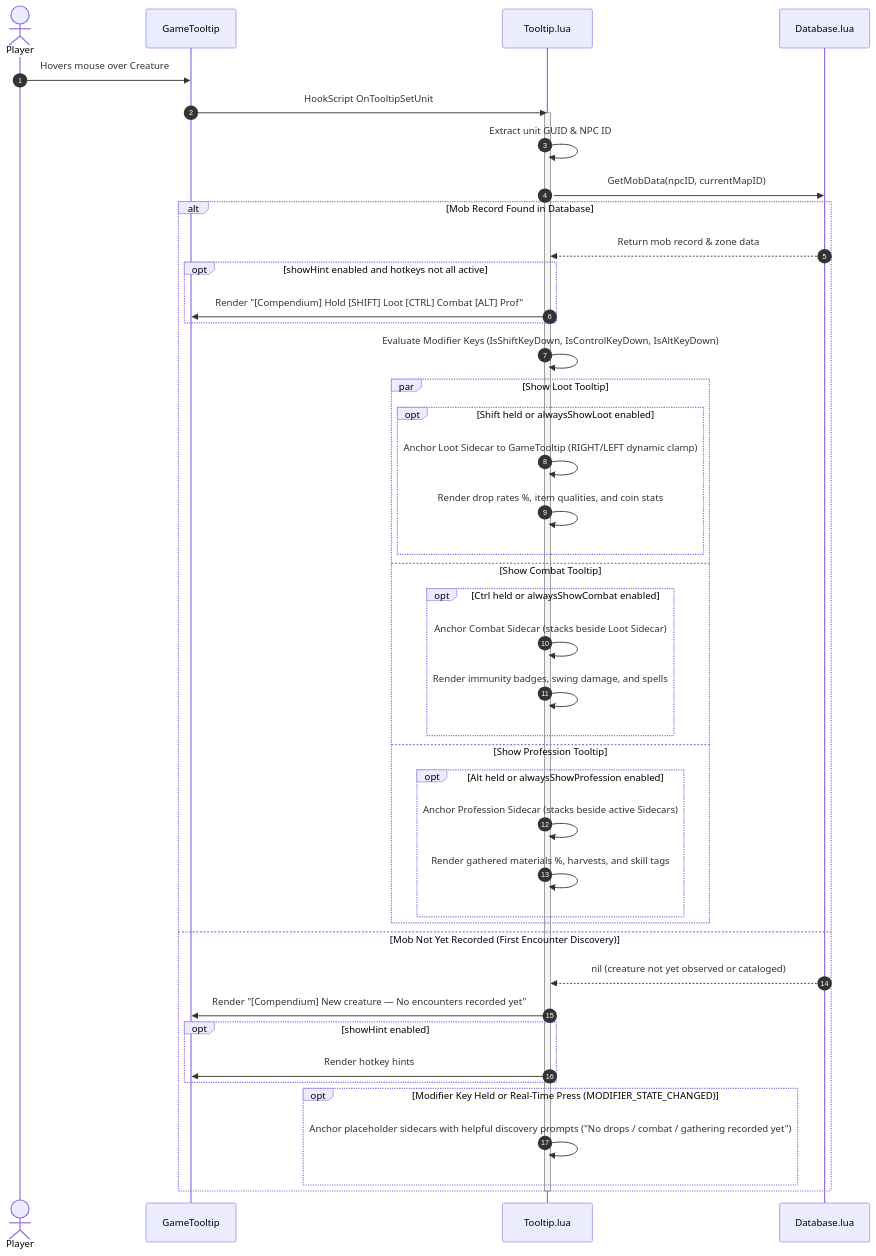
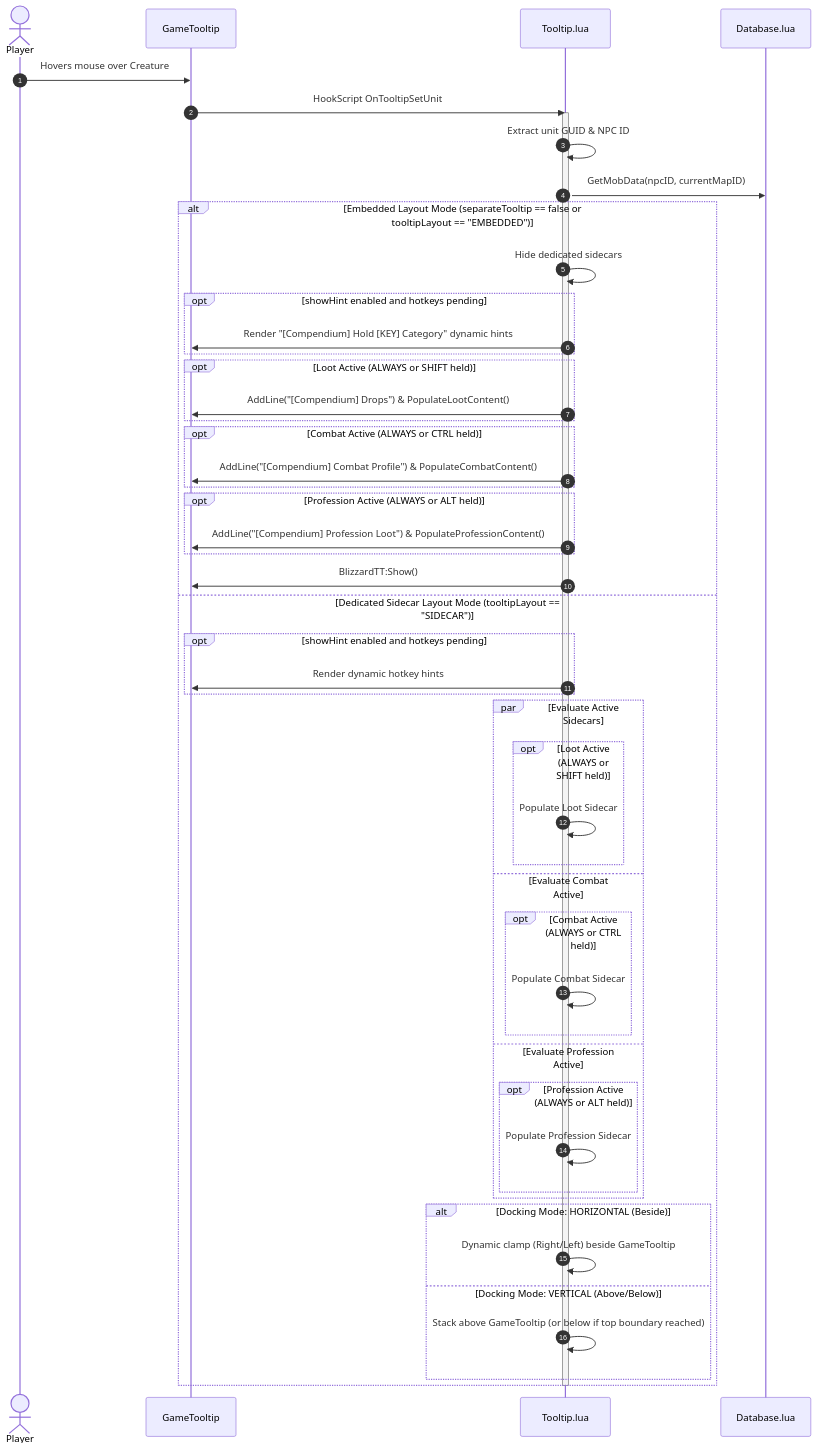
One commit to bguerre20/AzerothCreatureCompendium changed the fifth of 5 diagrams in docs/ARCHITECTURE.md. Above: the diagram before and after it, drawn with Mermaid. The commit also changed other lines of this file and 5 other files, not shown here.

Commit message:
feat: add tooltip activation modes (ALWAYS/NEVER), layout selection, and vertical docking (Closes #22)

````diff
--- a/docs/ARCHITECTURE.md
+++ b/docs/ARCHITECTURE.md
@@ -233,49 +233,55 @@
 ```mermaid
 sequenceDiagram
     autonumber
     actor Player
     participant BlizzardTT as GameTooltip
     participant Tooltip as Tooltip.lua
     participant DB as Database.lua
 
     Player->>BlizzardTT: Hovers mouse over Creature
     BlizzardTT->>Tooltip: HookScript OnTooltipSetUnit
     activate Tooltip
     Tooltip->>Tooltip: Extract unit GUID & NPC ID
     Tooltip->>DB: GetMobData(npcID, currentMapID)
 
-    alt Mob Record Found in Database
-        DB-->>Tooltip: Return mob record & zone data
-        opt showHint enabled and hotkeys not all active
-            Tooltip->>BlizzardTT: Render "[Compendium] Hold [SHIFT] Loot [CTRL] Combat [ALT] Prof"
+    alt Embedded Layout Mode (separateTooltip == false or tooltipLayout == "EMBEDDED")
+        Tooltip->>Tooltip: Hide dedicated sidecars
+        opt showHint enabled and hotkeys pending
+            Tooltip->>BlizzardTT: Render "[Compendium] Hold [KEY] Category" dynamic hints
         end
-        Tooltip->>Tooltip: Evaluate Modifier Keys (IsShiftKeyDown, IsControlKeyDown, IsAltKeyDown)
-
-        par Show Loot Tooltip
-            opt Shift held or alwaysShowLoot enabled
-                Tooltip->>Tooltip: Anchor Loot Sidecar to GameTooltip (RIGHT/LEFT dynamic clamp)
-                Tooltip->>Tooltip: Render drop rates %, item qualities, and coin stats
+        opt Loot Active (ALWAYS or SHIFT held)
+            Tooltip->>BlizzardTT: AddLine("[Compendium] Drops") & PopulateLootContent()
+        end
+        opt Combat Active (ALWAYS or CTRL held)
+            Tooltip->>BlizzardTT: AddLine("[Compendium] Combat Profile") & PopulateCombatContent()
+        end
+        opt Profession Active (ALWAYS or ALT held)
+            Tooltip->>BlizzardTT: AddLine("[Compendium] Profession Loot") & PopulateProfessionContent()
+        end
+        Tooltip->>BlizzardTT: BlizzardTT:Show()
+    else Dedicated Sidecar Layout Mode (tooltipLayout == "SIDECAR")
+        opt showHint enabled and hotkeys pending
+            Tooltip->>BlizzardTT: Render dynamic hotkey hints
+        end
+        par Evaluate Active Sidecars
+            opt Loot Active (ALWAYS or SHIFT held)
+                Tooltip->>Tooltip: Populate Loot Sidecar
             end
-        and Show Combat Tooltip
-            opt Ctrl held or alwaysShowCombat enabled
-                Tooltip->>Tooltip: Anchor Combat Sidecar (stacks beside Loot Sidecar)
-                Tooltip->>Tooltip: Render immunity badges, swing damage, and spells
+        and Evaluate Combat Active
+            opt Combat Active (ALWAYS or CTRL held)
+                Tooltip->>Tooltip: Populate Combat Sidecar
             end
-        and Show Profession Tooltip
-            opt Alt held or alwaysShowProfession enabled
-                Tooltip->>Tooltip: Anchor Profession Sidecar (stacks beside active Sidecars)
-                Tooltip->>Tooltip: Render gathered materials %, harvests, and skill tags
+        and Evaluate Profession Active
+            opt Profession Active (ALWAYS or ALT held)
+                Tooltip->>Tooltip: Populate Profession Sidecar
             end
         end
-    else Mob Not Yet Recorded (First Encounter Discovery)
-        DB-->>Tooltip: nil (creature not yet observed or cataloged)
-        Tooltip->>BlizzardTT: Render "[Compendium] New creature — No encounters recorded yet"
-        opt showHint enabled
-            Tooltip->>BlizzardTT: Render hotkey hints
-        end
-        opt Modifier Key Held or Real-Time Press (MODIFIER_STATE_CHANGED)
-            Tooltip->>Tooltip: Anchor placeholder sidecars with helpful discovery prompts ("No drops / combat / gathering recorded yet")
+
+        alt Docking Mode: HORIZONTAL (Beside)
+            Tooltip->>Tooltip: Dynamic clamp (Right/Left) beside GameTooltip
+        else Docking Mode: VERTICAL (Above/Below)
+            Tooltip->>Tooltip: Stack above GameTooltip (or below if top boundary reached)
         end
     end
     deactivate Tooltip
 ```
````
